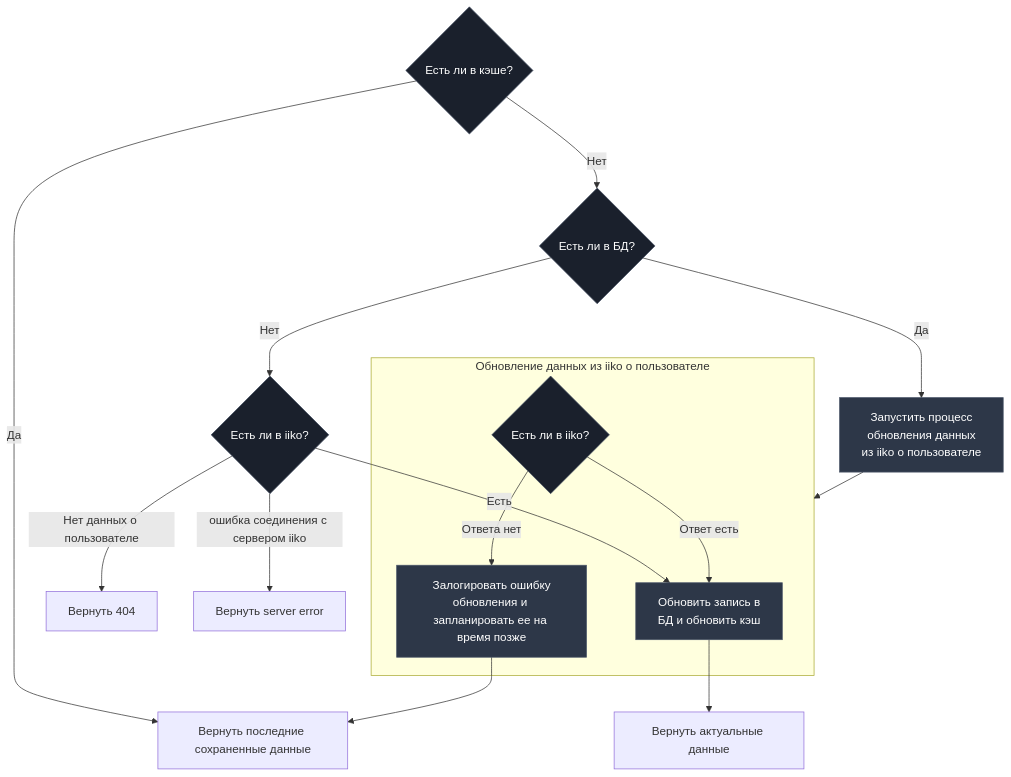
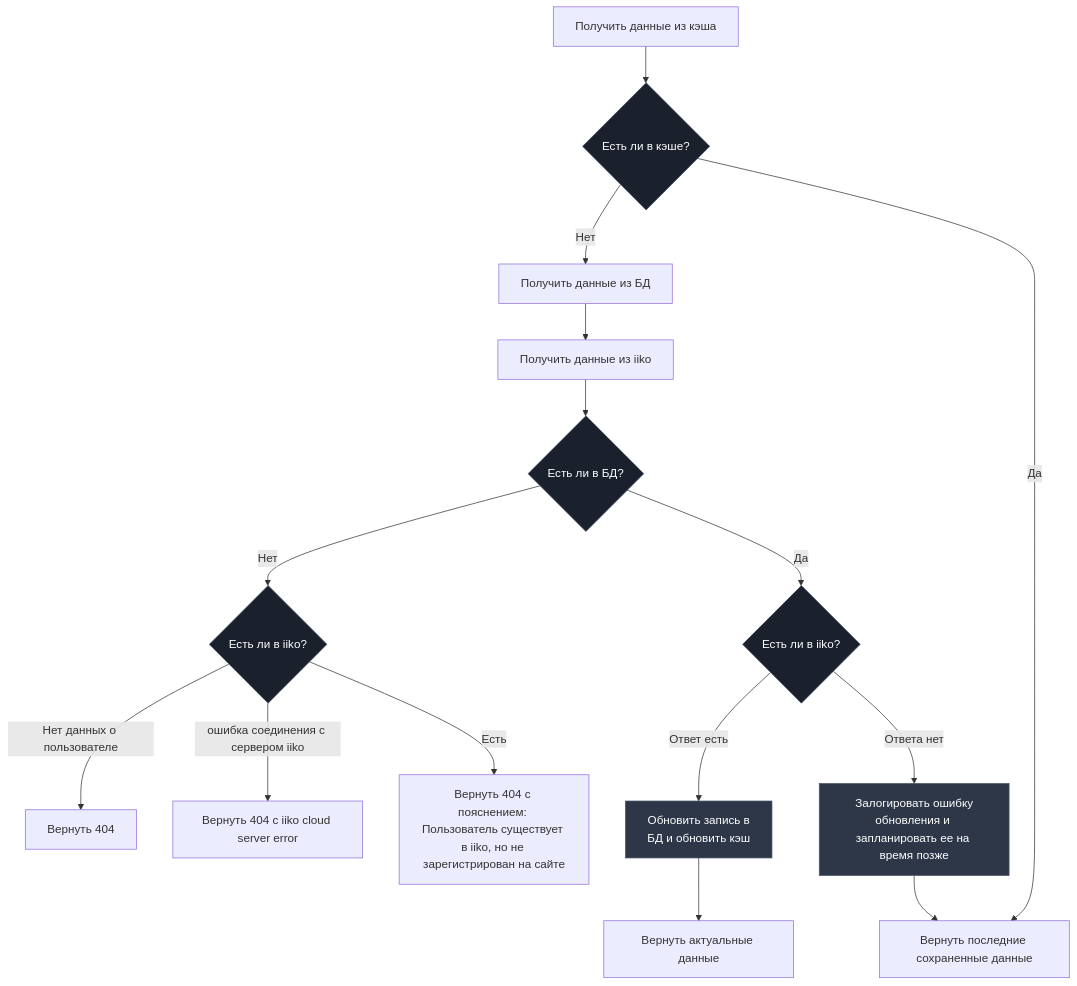
One commit to UserVanya/Iikocloud-manager changed the diagram in docs/user_lookup_flow.md. Above: the diagram before and after it, drawn with Mermaid. The commit also changed 2 other files, not shown here.

Commit message:
Add IikoCloudApiClientManager documentation, detailing architecture, request flow, token management, and rate limiting strategies. Include initialization and error handling processes, along with usage examples for improved clarity and usability.

````diff
--- a/docs/user_lookup_flow.md
+++ b/docs/user_lookup_flow.md
@@ -11,37 +11,40 @@
 ```mermaid
 flowchart TD
     %% Основной процесс
     CACHE{Есть ли в кэше?}
     ACTUAL_DATA[Вернуть актуальные данные]
     LAST_SAVED_DATA[Вернуть последние сохраненные данные]
     NO_DATA[Вернуть 404]
-    TEMPORAL_ERROR[Вернуть server error]
+    TEMPORAL_ERROR[Вернуть 404 с iiko cloud server error]
+    RETURN_DATA_FOUND_BUT_USER_NOT_REGISTERED[Вернуть 404 с пояснением: Пользователь существует в iiko, но не зарегистрирован на сайте]
+    GET_FROM_CACHE[Получить данные из кэша]
+    GET_DATA_FROM_IIKO[Получить данные из iiko]
+    GET_DATA_FROM_DB[Получить данные из БД]
+    GET_FROM_CACHE --> CACHE
+    CACHE -->|Да| LAST_SAVED_DATA
+    CACHE -->|Нет| GET_DATA_FROM_DB --> GET_DATA_FROM_IIKO -->DB
+    DB{Есть ли в БД?}
     
-    CACHE -->|Да| LAST_SAVED_DATA
-    CACHE -->|Нет| DB{Есть ли в БД?}
+    DB -->|Да| IIKO_REQUEST
+    DB -->|Нет| IIKO
     
-    DB -->|Да| UPDATE_PROCESS[Запустить процесс<br>обновления данных<br>из iiko о пользователе]
-    DB -->|Нет| IIKO{Есть ли в iiko?}
-    
-    IIKO -->|Есть| SAVE[Обновить запись в<br>БД и обновить кэш]
+    IIKO{"Есть ли в iiko?"}
+    IIKO -->|Есть| RETURN_DATA_FOUND_BUT_USER_NOT_REGISTERED
     IIKO -->|Нет данных о пользователе| NO_DATA
     IIKO -->|ошибка соединения с сервером iiko| TEMPORAL_ERROR
 
     SAVE --> ACTUAL_DATA
-    UPDATE_PROCESS --> SUBPROCESS
     RETURN_CONNECTION_ERROR --> LAST_SAVED_DATA
     %% Подпроцесс обновления данных из iiko
-    subgraph SUBPROCESS [Обновление данных из iiko о пользователе]
-        IIKO_REQUEST{Есть ли в iiko?}
-        IIKO_REQUEST -->|Ответ есть| SAVE[Обновить запись в<br>БД и обновить кэш]
-        IIKO_REQUEST -->|Ответа нет| RETURN_CONNECTION_ERROR[Залогировать ошибку<br>обновления и запланировать ее на время позже]
-    end
+    IIKO_REQUEST{Есть ли в iiko?}
+    IIKO_REQUEST -->|Ответ есть| SAVE[Обновить запись в<br>БД и обновить кэш]
+    IIKO_REQUEST -->|Ответа нет| RETURN_CONNECTION_ERROR[Залогировать ошибку<br>обновления и запланировать ее на время позже]
 
     %% Стили
     classDef process fill:#2d3748,stroke:#4a5568,color:#fff
     classDef decision fill:#1a202c,stroke:#4a5568,color:#fff
     classDef subprocess fill:#1a202c,stroke:#4a5568,color:#fff,stroke-dasharray: 5 5
     
     class START,SAVE,UPDATE_PROCESS,UPDATE_DB,RETURN_CONNECTION_ERROR process
     class CACHE,DB,IIKO,IIKO_REQUEST decision
 ```
````
